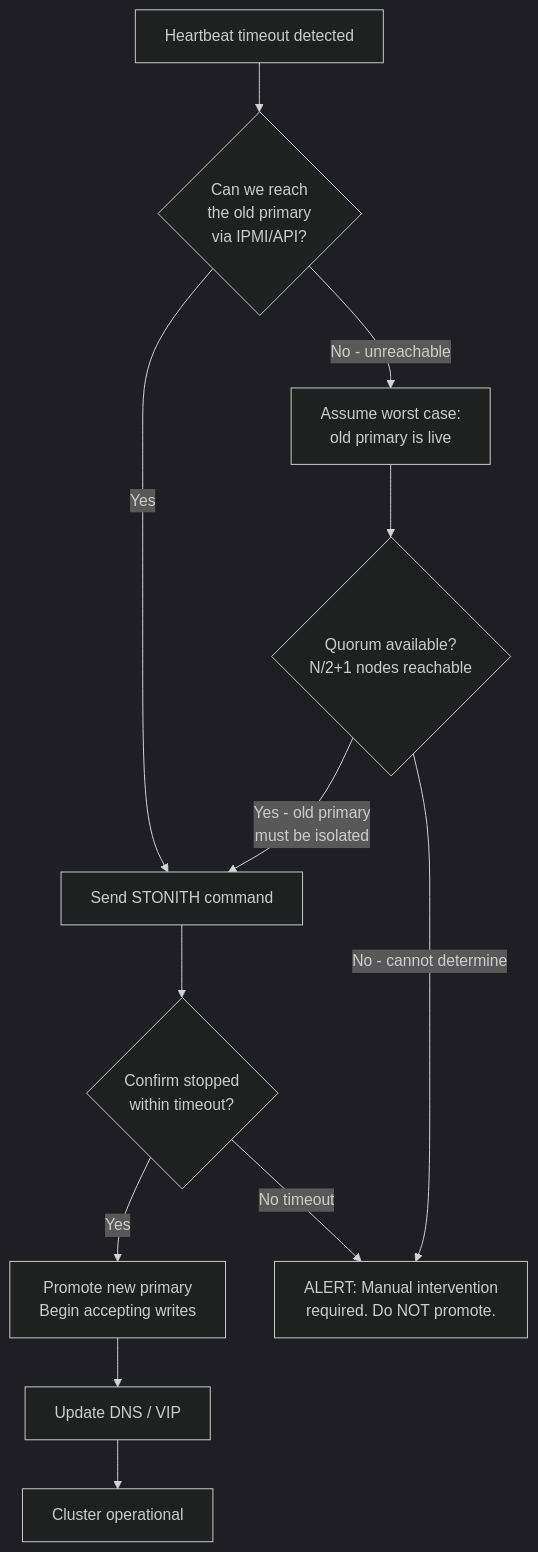
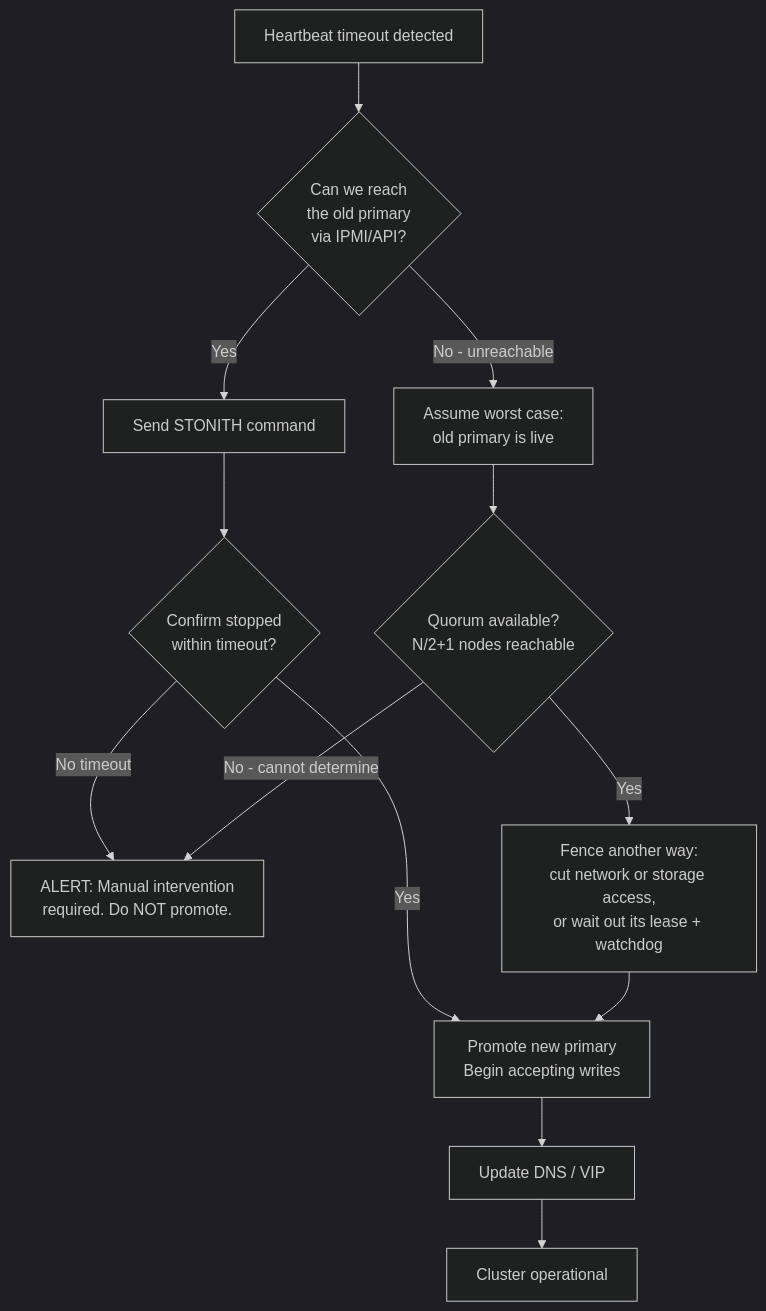
Before and after one commit to mostafasroor1983/fintech-engineering-mastery: the first of 2 diagrams in docs/content/tracks/track-02-distributed-systems/lesson-10-split-brain/index.md, drawn with Mermaid (dark theme). The commit also changed other lines of this file and 345 other files, not shown here.

````diff
--- a/docs/content/tracks/track-02-distributed-systems/lesson-10-split-brain/index.md
+++ b/docs/content/tracks/track-02-distributed-systems/lesson-10-split-brain/index.md
@@ -432,14 +443,15 @@
 ```mermaid
 flowchart TD
     A[Heartbeat timeout detected] --> B{Can we reach<br/>the old primary<br/>via IPMI/API?}
     B -->|Yes| C[Send STONITH command]
     B -->|No - unreachable| D[Assume worst case:<br/>old primary is live]
     C --> E{Confirm stopped<br/>within timeout?}
     E -->|Yes| F[Promote new primary<br/>Begin accepting writes]
     E -->|No timeout| G[ALERT: Manual intervention<br/>required. Do NOT promote.]
     D --> H{Quorum available?<br/>N/2+1 nodes reachable}
-    H -->|Yes - old primary<br/>must be isolated| C
+    H -->|Yes| K[Fence another way:<br/>cut network or storage access,<br/>or wait out its lease + watchdog]
+    K --> F
     H -->|No - cannot determine| G
     F --> I[Update DNS / VIP]
     I --> J[Cluster operational]
 ```
````
